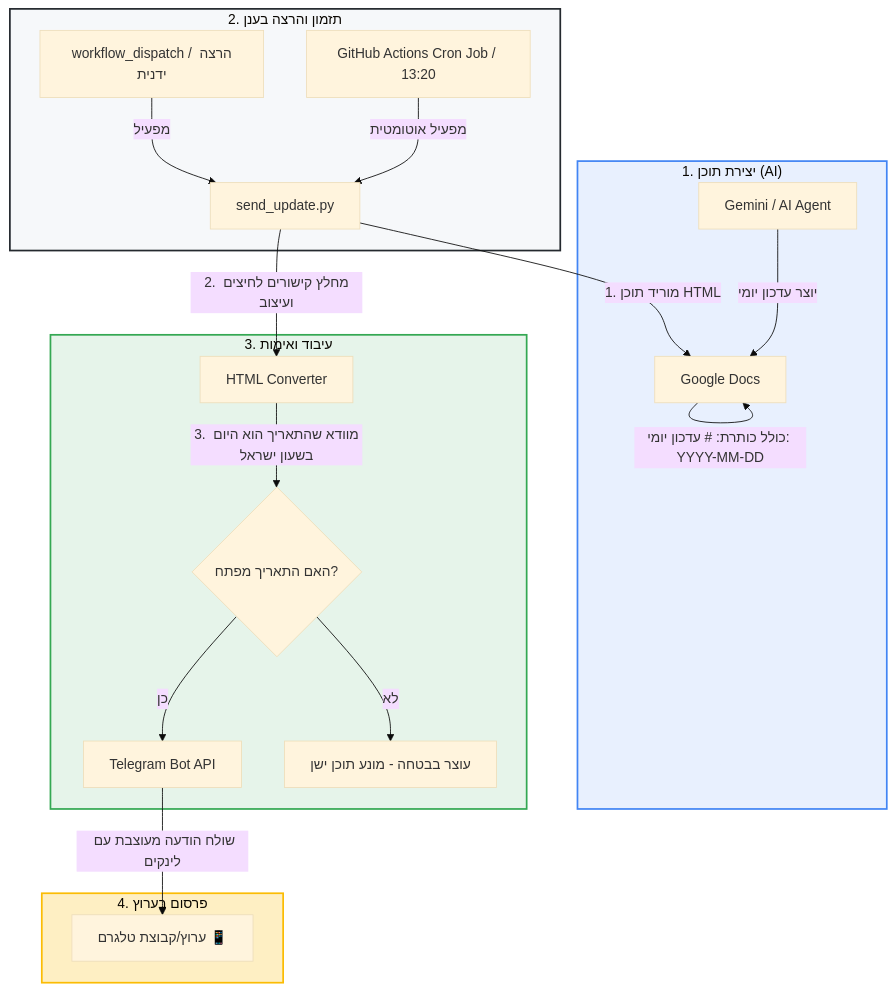
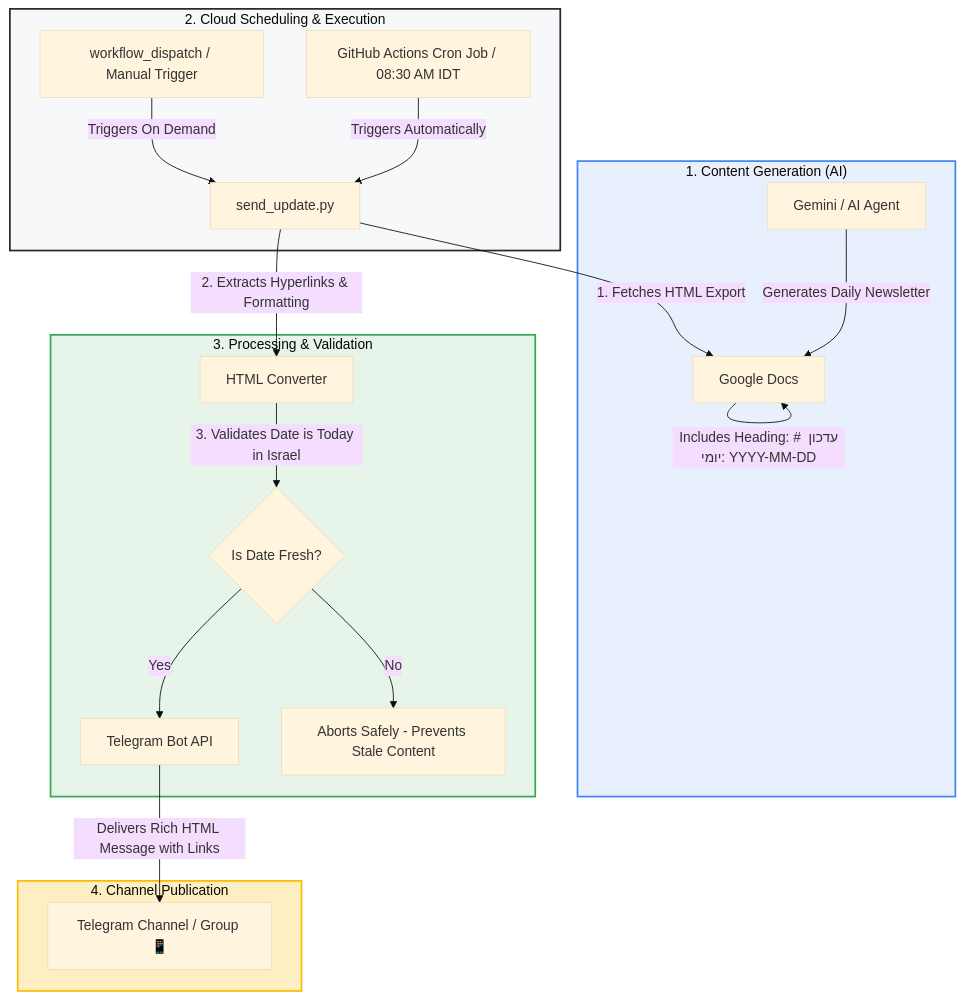
Before and after one commit to Amitro123/Sparknewsletter: the diagram in GUIDE.md, drawn with Mermaid (base theme). The commit also changed other lines of this file and 1 other file, not shown here.

Commit message:
Set daily schedule back to 08:30 AM IDT and update GUIDE.md to English

````diff
--- a/GUIDE.md
+++ b/GUIDE.md
@@ -9,29 +9,29 @@
 ```mermaid
 flowchart TD
-    subgraph Gemini ["1. יצירת תוכן (AI)"]
-        G1[Gemini / AI Agent] -->|יוצר עדכון יומי| G2[Google Docs]
-        G2 -->|כולל כותרת: # עדכון יומי: YYYY-MM-DD| G2
+    subgraph Gemini ["1. Content Generation (AI)"]
+        G1[Gemini / AI Agent] -->|Generates Daily Newsletter| G2[Google Docs]
+        G2 -->|Includes Heading: # עדכון יומי: YYYY-MM-DD| G2
     end
 
-    subgraph GitHubActions ["2. תזמון והרצה בענן"]
-        A1[GitHub Actions Cron Job / 13:20] -->|מפעיל אוטומטית| A2[send_update.py]
-        A3[workflow_dispatch / הרצה ידנית] -->|מפעיל| A2
+    subgraph GitHubActions ["2. Cloud Scheduling & Execution"]
+        A1[GitHub Actions Cron Job / 08:30 AM IDT] -->|Triggers Automatically| A2[send_update.py]
+        A3[workflow_dispatch / Manual Trigger] -->|Triggers On Demand| A2
     end
 
-    subgraph Publisher ["3. עיבוד ואימות"]
-        A2 -->|1. מוריד תוכן HTML| G2
-        A2 -->|2. מחלץ קישורים לחיצים ועיצוב| P1[HTML Converter]
-        P1 -->|3. מוודא שהתאריך הוא היום בשעון ישראל| V1{האם התאריך מפתח?}
-        V1 -- כן --> P2[Telegram Bot API]
-        V1 -- לא --> E1[עוצר בבטחה - מונע תוכן ישן]
+    subgraph Publisher ["3. Processing & Validation"]
+        A2 -->|1. Fetches HTML Export| G2
+        A2 -->|2. Extracts Hyperlinks & Formatting| P1[HTML Converter]
+        P1 -->|3. Validates Date is Today in Israel| V1{Is Date Fresh?}
+        V1 -- Yes --> P2[Telegram Bot API]
+        V1 -- No --> E1[Aborts Safely - Prevents Stale Content]
     end
 
-    subgraph Telegram ["4. פרסום בערוץ"]
-        P2 -->|שולח הודעה מעוצבת עם לינקים| T1[ערוץ/קבוצת טלגרם 📱]
+    subgraph Telegram ["4. Channel Publication"]
+        P2 -->|Delivers Rich HTML Message with Links| T1[Telegram Channel / Group 📱]
     end
 
     style Gemini fill:#e8f0fe,stroke:#4285f4,stroke-width:2px
     style GitHubActions fill:#f6f8fa,stroke:#24292e,stroke-width:2px
     style Publisher fill:#e6f4ea,stroke:#34a853,stroke-width:2px
     style Telegram fill:#feefc3,stroke:#fbbc04,stroke-width:2px
 ```
````
